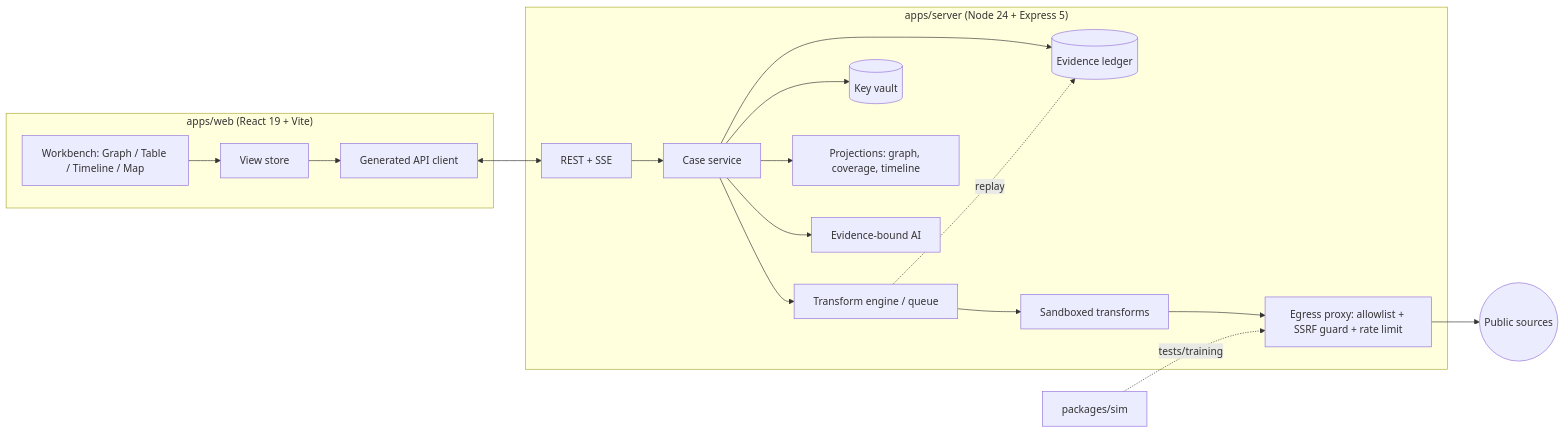
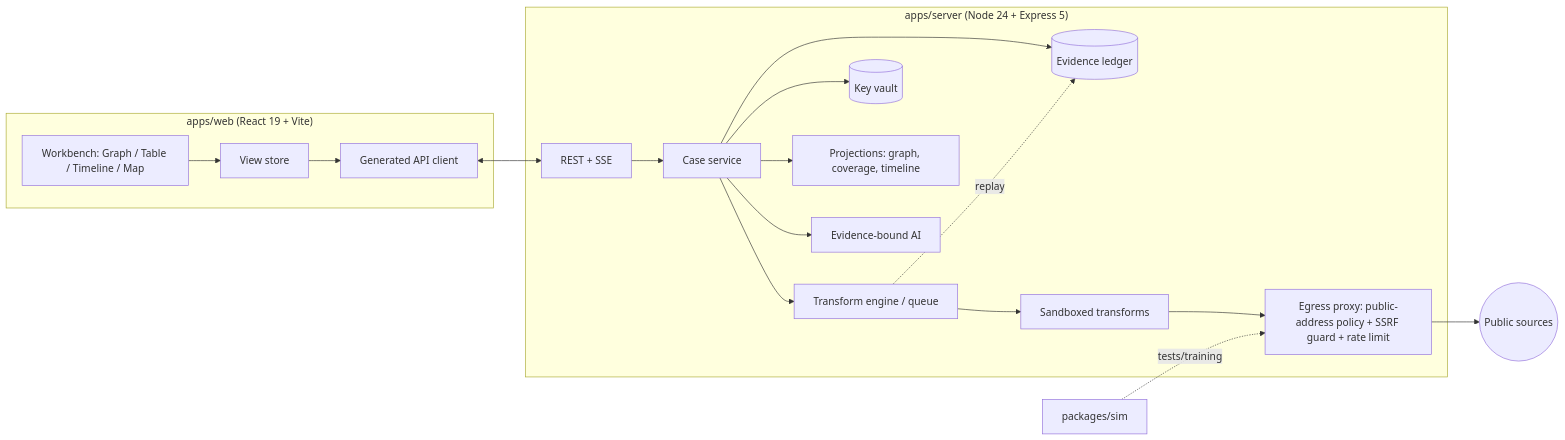
One commit to sovereignaie-star/investigation changed the diagram in docs/ROADMAP.md. Above: the diagram before and after it, drawn with Mermaid. The commit also changed other lines of this file and 17 other files, not shown here.

First line of the commit message:
docs(adr): revise ADR-08 for broad public-internet egress, SSRF coverage matrix and Section 2 pure reference model [P2-003]

````diff
--- a/docs/ROADMAP.md
+++ b/docs/ROADMAP.md
@@ -798,21 +798,21 @@
 ```mermaid
 flowchart LR
   subgraph Client["apps/web (React 19 + Vite)"]
     UI[Workbench: Graph / Table / Timeline / Map] --> Store[View store]
     Store --> SDK[Generated API client]
   end
   subgraph Server["apps/server (Node 24 + Express 5)"]
     API[REST + SSE] --> Cases[Case service]
     Cases --> Ledger[(Evidence ledger)]
     Cases --> Engine[Transform engine / queue]
     Engine --> Sandbox[Sandboxed transforms]
-    Sandbox --> Egress[Egress proxy: allowlist + SSRF guard + rate limit]
+    Sandbox --> Egress[Egress proxy: public-address policy + SSRF guard + rate limit]
     Cases --> Vault[(Key vault)]
     Cases --> Proj[Projections: graph, coverage, timeline]
     Cases --> AI[Evidence-bound AI]
   end
   SDK <--> API
   Egress --> Internet((Public sources))
   Engine -. replay .-> Ledger
   Sim[packages/sim] -. tests/training .-> Egress
 ```
````
